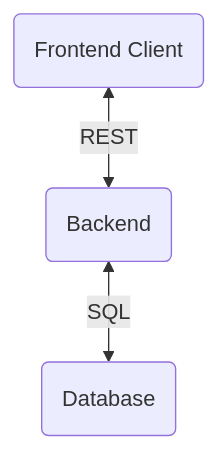
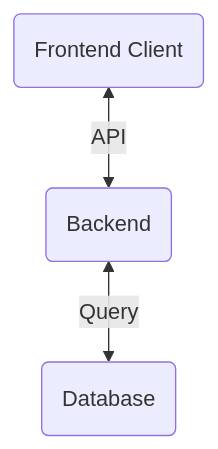
The first of 10 diagrams in slides.md (EkaanshArora/fullstack-typesafety-deck), drawn with Mermaid before and after one commit. The commit also changed other lines of this file and 1 other file, not shown here.

````diff
--- a/slides.md
+++ b/slides.md
@@ -75,6 +75,6 @@
 ```mermaid
 
 flowchart BT
-id1(Database) <-- SQL --> id2(Backend) <-- REST --> id3(Frontend Client)
+id1(Database) <-- Query --> id2(Backend) <-- API --> id3(Frontend Client)
 
 ```
````
